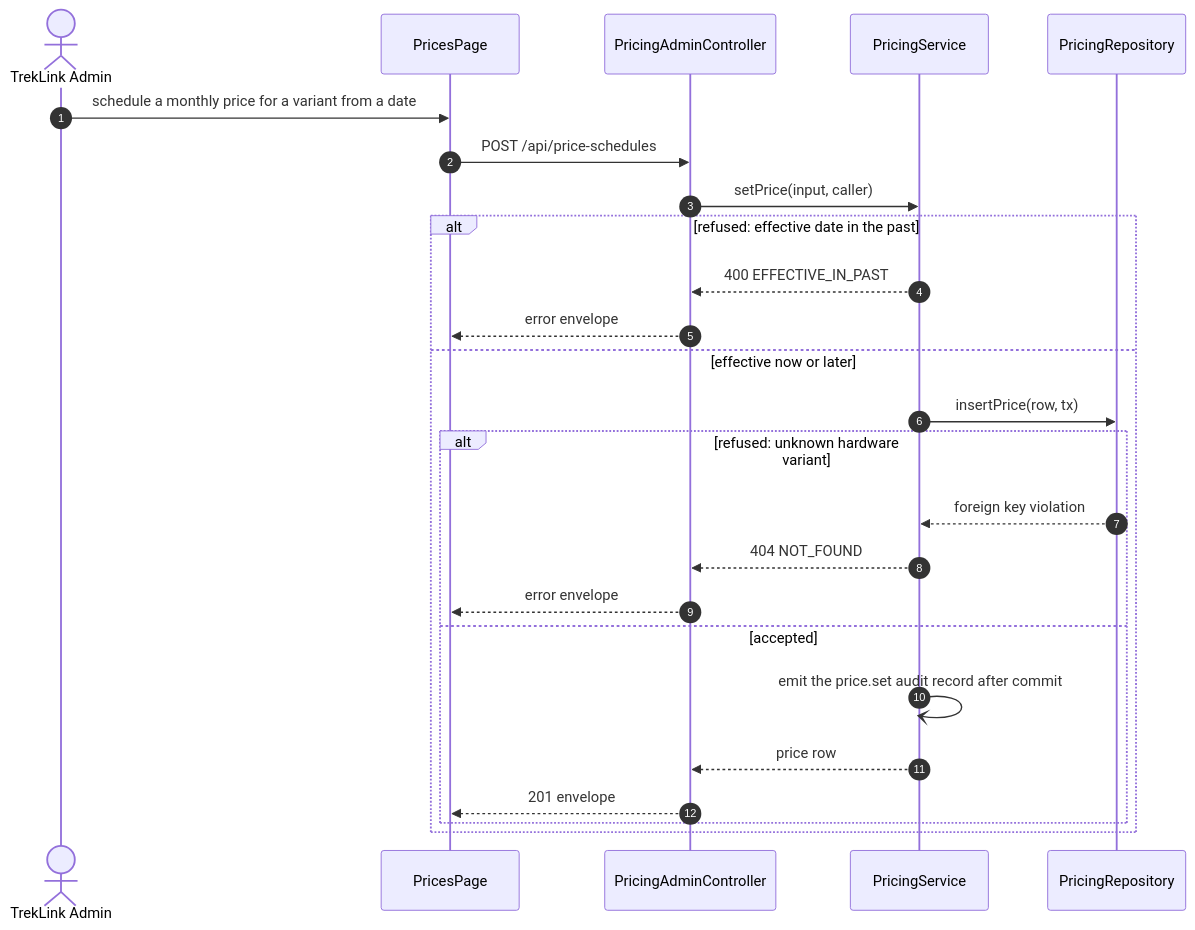
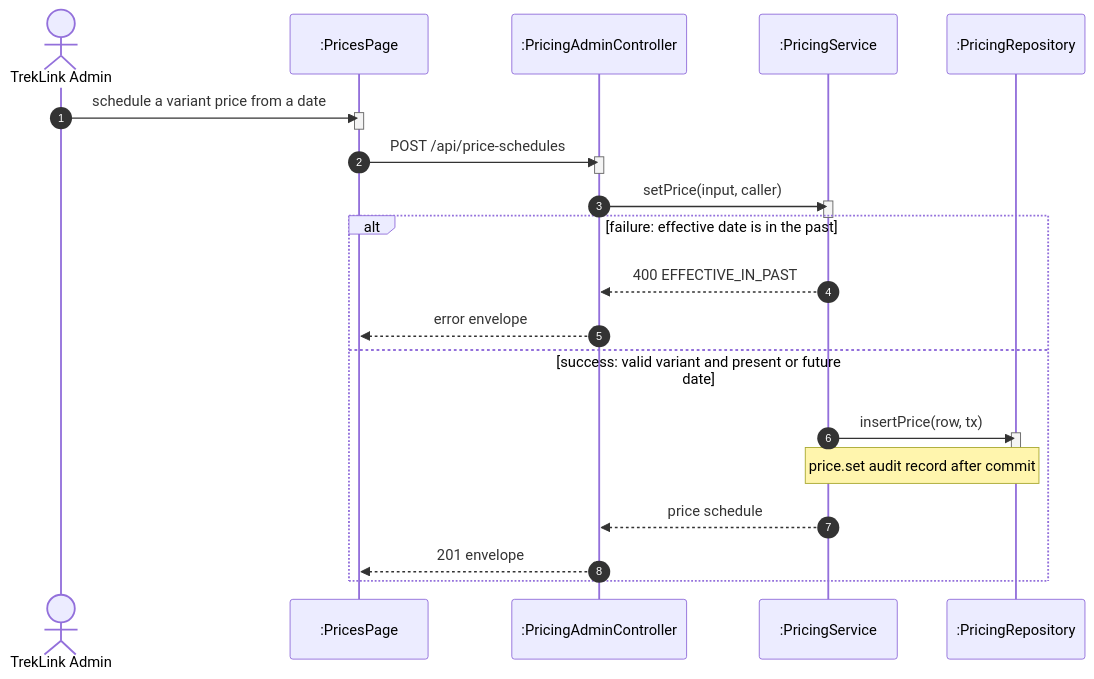
Before and after one commit to TrekLink-Team/treklink-web: diagram 14 of 17 in specs/billing/design.md, drawn with Mermaid. The commit also changed other lines of this file and 2 other files, not shown here.

First line of the commit message:
docs: one alt per sequence, code-true guards and per-use-case class panels (review of #113)

````diff
--- a/specs/billing/design.md
+++ b/specs/billing/design.md
@@ -404,27 +586,29 @@
 ```mermaid
 sequenceDiagram
     autonumber
     actor A as TrekLink Admin
-    participant P as PricesPage
-    participant C as PricingAdminController
-    participant S as PricingService
-    participant R as PricingRepository
-    A->>P: schedule a monthly price for a variant from a date
+    participant P as :PricesPage
+    participant C as :PricingAdminController
+    participant S as :PricingService
+    participant R as :PricingRepository
+    A->>P: schedule a variant price from a date
+    activate P
+    deactivate P
     P->>C: POST /api/price-schedules
+    activate C
+    deactivate C
     C->>S: setPrice(input, caller)
-    alt refused: effective date in the past
+    activate S
+    deactivate S
+    alt failure: effective date is in the past
         S-->>C: 400 EFFECTIVE_IN_PAST
         C-->>P: error envelope
-    else effective now or later
+    else success: valid variant and present or future date
         S->>R: insertPrice(row, tx)
-        alt refused: unknown hardware variant
-            R-->>S: foreign key violation
-            S-->>C: 404 NOT_FOUND
-            C-->>P: error envelope
-        else accepted
-            S-)S: emit the price.set audit record after commit
-            S-->>C: price row
-            C-->>P: 201 envelope
-        end
+        activate R
+        deactivate R
+        Note over S,R: price.set audit record after commit
+        S-->>C: price schedule
+        C-->>P: 201 envelope
     end
 ```
````
